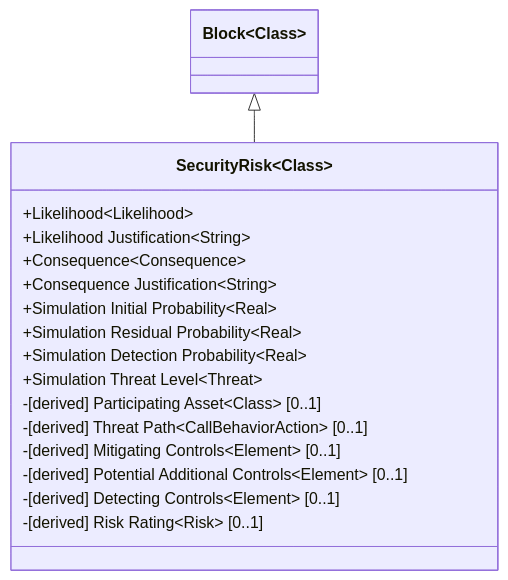
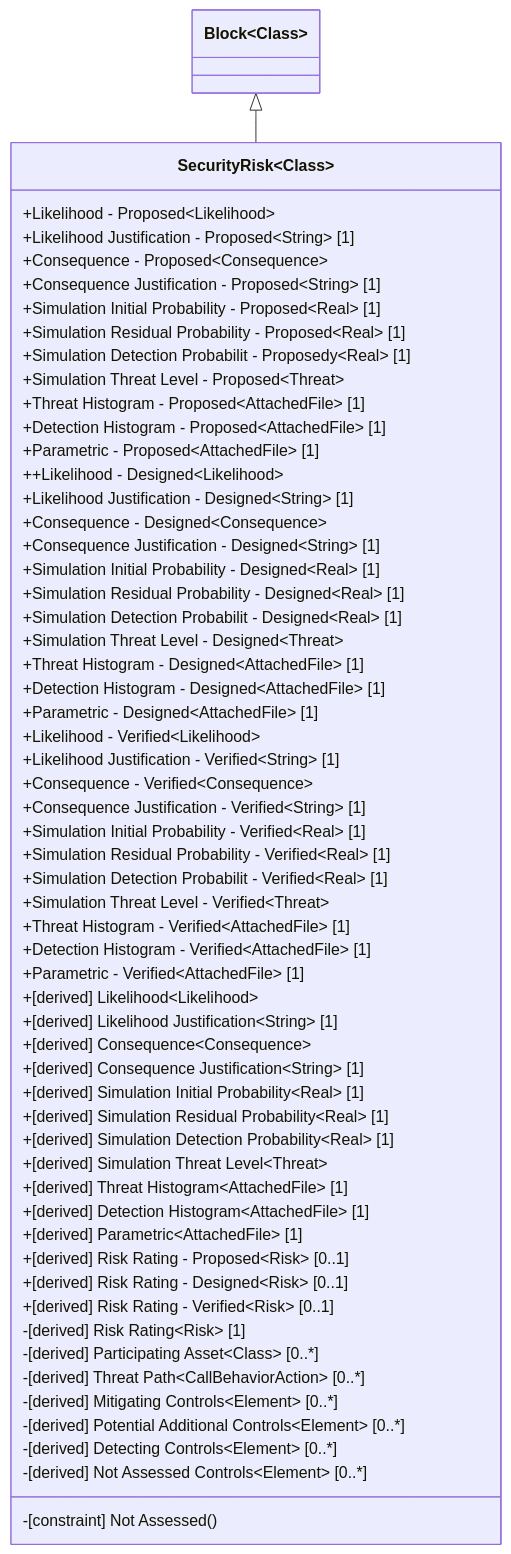
Before and after one commit to stuartfowler/CEMT: diagram 35 of 45 in Documentation/stereotypes.md, drawn with Mermaid. The commit also changed other lines of this file and 14 other files, not shown here.

````diff
--- a/Documentation/stereotypes.md
+++ b/Documentation/stereotypes.md
@@ -782,21 +814,66 @@
 ```mermaid
     classDiagram
         class SecurityRisk~Class~ {
-            +Likelihood~Likelihood~
-            +Likelihood Justification~String~
-            +Consequence~Consequence~
-            +Consequence Justification~String~
-            +Simulation Initial Probability~Real~
-            +Simulation Residual Probability~Real~
-            +Simulation Detection Probability~Real~
-            +Simulation Threat Level~Threat~
-            -[derived] Participating Asset~Class~ [0..1]
-            -[derived] Threat Path~CallBehaviorAction~ [0..1]
-            -[derived] Mitigating Controls~Element~ [0..1]
-            -[derived] Potential Additional Controls~Element~ [0..1]
-            -[derived] Detecting Controls~Element~ [0..1]
-            -[derived] Risk Rating~Risk~ [0..1]
+            +Likelihood - Proposed~Likelihood~
+            +Likelihood Justification - Proposed~String~ [1]
+            +Consequence - Proposed~Consequence~
+            +Consequence Justification - Proposed~String~ [1]
+            +Simulation Initial Probability - Proposed~Real~ [1]
+            +Simulation Residual Probability - Proposed~Real~ [1]
+            +Simulation Detection Probabilit - Proposedy~Real~ [1]
+            +Simulation Threat Level - Proposed~Threat~
+            +Threat Histogram - Proposed~AttachedFile~ [1]
+            +Detection Histogram - Proposed~AttachedFile~ [1]
+            +Parametric - Proposed~AttachedFile~ [1]
+
+            ++Likelihood - Designed~Likelihood~
+            +Likelihood Justification - Designed~String~ [1]
+            +Consequence - Designed~Consequence~
+            +Consequence Justification - Designed~String~ [1]
+            +Simulation Initial Probability - Designed~Real~ [1]
+            +Simulation Residual Probability - Designed~Real~ [1]
+            +Simulation Detection Probabilit - Designed~Real~ [1]
+            +Simulation Threat Level - Designed~Threat~
+            +Threat Histogram - Designed~AttachedFile~ [1]
+            +Detection Histogram - Designed~AttachedFile~ [1]
+            +Parametric - Designed~AttachedFile~ [1]
+
+            +Likelihood - Verified~Likelihood~
+            +Likelihood Justification - Verified~String~ [1]
+            +Consequence - Verified~Consequence~
+            +Consequence Justification - Verified~String~ [1]
+            +Simulation Initial Probability - Verified~Real~ [1]
+            +Simulation Residual Probability - Verified~Real~ [1]
+            +Simulation Detection Probabilit - Verified~Real~ [1]
+            +Simulation Threat Level - Verified~Threat~
+            +Threat Histogram - Verified~AttachedFile~ [1]
+            +Detection Histogram - Verified~AttachedFile~ [1]
+            +Parametric - Verified~AttachedFile~ [1]
+
+            +[derived] Likelihood~Likelihood~
+            +[derived] Likelihood Justification~String~ [1]
+            +[derived] Consequence~Consequence~
+            +[derived] Consequence Justification~String~ [1]
+            +[derived] Simulation Initial Probability~Real~ [1]
+            +[derived] Simulation Residual Probability~Real~ [1]
+            +[derived] Simulation Detection Probability~Real~ [1]
+            +[derived] Simulation Threat Level~Threat~
+            +[derived] Threat Histogram~AttachedFile~ [1]
+            +[derived] Detection Histogram~AttachedFile~ [1]
+            +[derived] Parametric~AttachedFile~ [1]
+            +[derived] Risk Rating - Proposed~Risk~ [0..1]
+            +[derived] Risk Rating - Designed~Risk~ [0..1]
+            +[derived] Risk Rating - Verified~Risk~ [0..1]
+            -[derived] Risk Rating~Risk~ [1]
+            -[derived] Participating Asset~Class~ [0..*]
+            -[derived] Threat Path~CallBehaviorAction~ [0..*]
+            -[derived] Mitigating Controls~Element~ [0..*]
+            -[derived] Potential Additional Controls~Element~ [0..*]
+            -[derived] Detecting Controls~Element~ [0..*]
+            -[derived] Not Assessed Controls~Element~ [0..*]
+
+            -[constraint] Not Assessed()
         }
         
         Block~Class~ <|-- SecurityRisk~Class~
 ```
````
